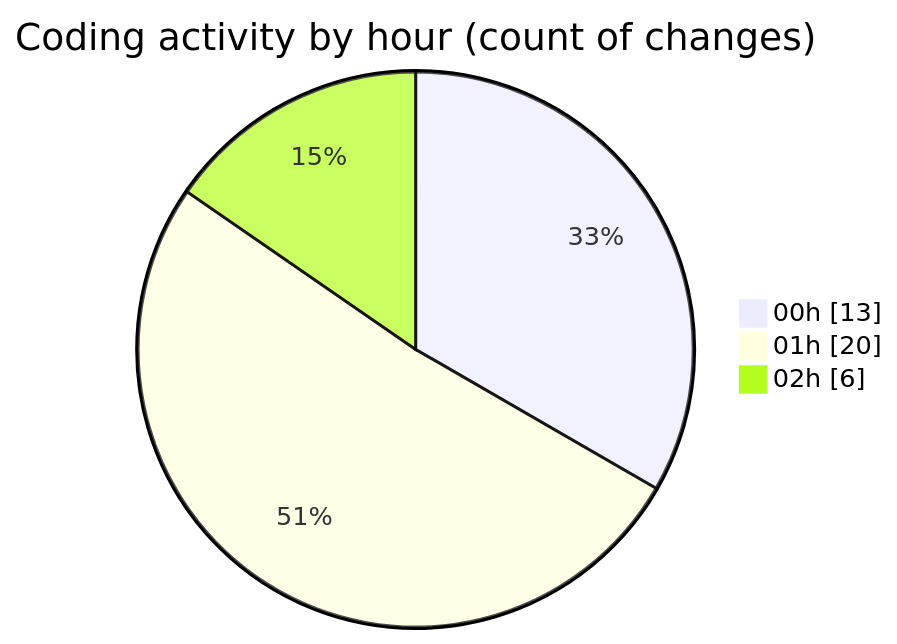
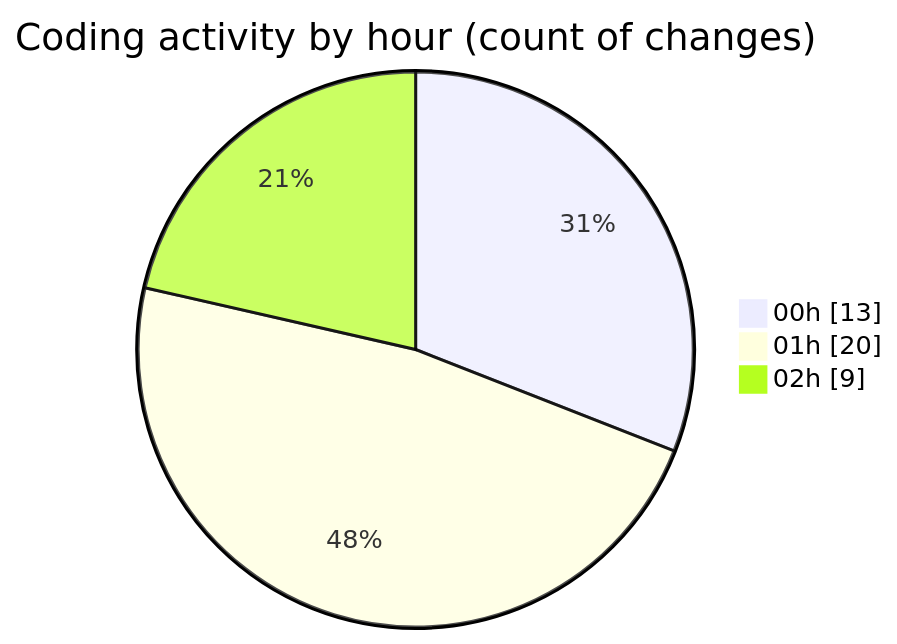
One commit to lephambinh05/code-tracking changed the second of 2 diagrams in 2025-09-09/hiai-phf/README.md. Above: the diagram before and after it, drawn with Mermaid. The commit also changed other lines of this file and 1 other file, not shown here.

````diff
--- a/2025-09-09/hiai-phf/README.md
+++ b/2025-09-09/hiai-phf/README.md
@@ -46,7 +46,7 @@
 ```mermaid
 pie showData
 title Coding activity by hour (count of changes)
 "00h" : 13
 "01h" : 20
-"02h" : 6
+"02h" : 9
 ```
````
